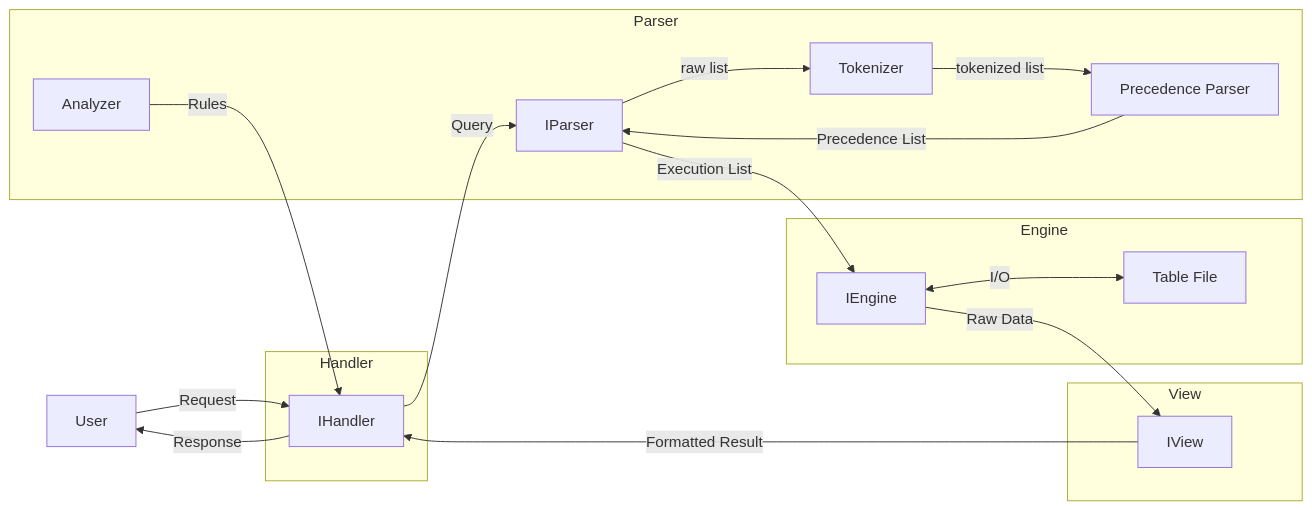
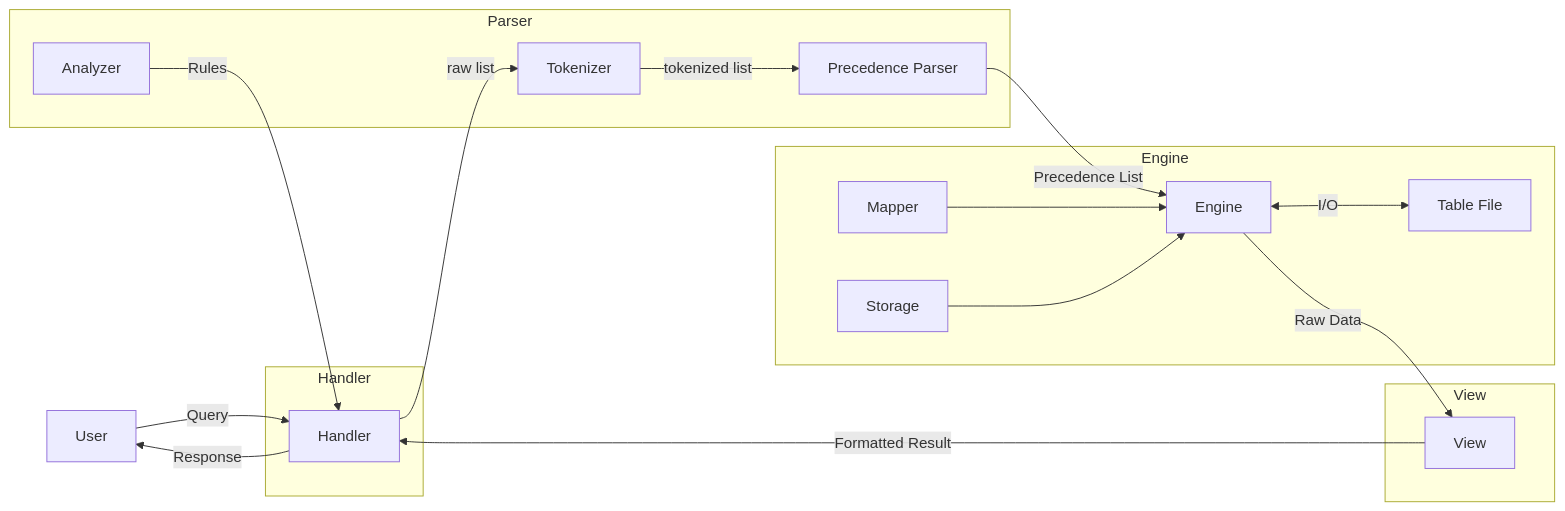
Before and after one commit to Flu-iid/blankDB: the first of 2 diagrams in README.md, drawn with Mermaid. The commit also changed other lines of this file and 3 other files, not shown here.

Commit message:
change architecture

````diff
--- a/README.md
+++ b/README.md
@@ -15,29 +15,31 @@
 ```mermaid
 graph LR
-    U[User] --> |Request|H[IHandler]
-    H -->|Query| P[IParser]
+    U[User] --> |Query|H
+    H --> |Response|U
+    H --> |raw list| T
     A --> |Rules|H
-    P -->|Execution List| E[IEngine]
-    E -->|Raw Data| V[IView]
+    PP --> |Precedence List| E
+    E --> |Raw Data| V
     V -->|Formatted Result| H
-    H --> |Response|U
 
     subgraph Parser
         A[Analyzer]
-        P --> |raw list|T[Tokenizer]
+        T[Tokenizer]
+        PP[Precedence Parser]
         T --> |tokenized list|PP
-        PP[Precedence Parser] --> |Precedence List| P
     end
 
     subgraph Engine
-        E <--> |I/O|T1[Table File]
+        E[Engine] <--> |I/O|T1[Table File]
+        M[Mapper] --> E
+        S[Storage] --> E
     end
 
     subgraph View
-        V
+        V[View]
     end
 
     subgraph Handler
-        H
+        H[Handler]
     end
 ```
````
